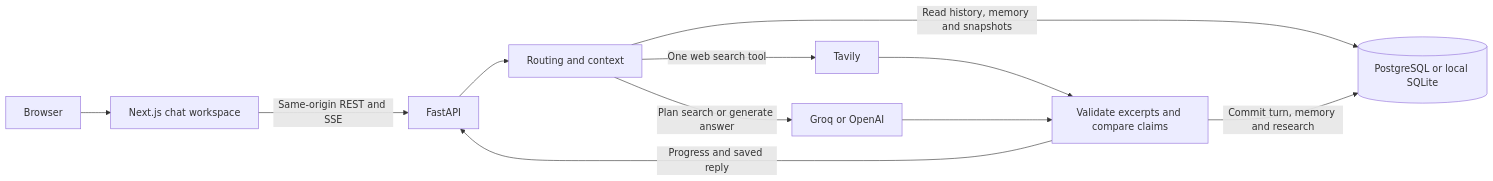
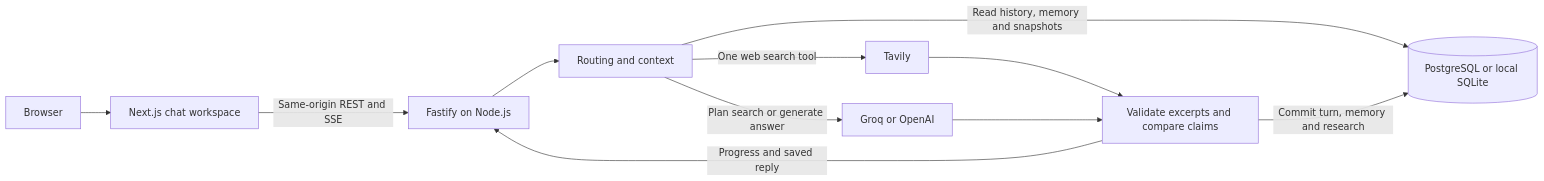
The diagram in README.md (tanujkapoor-cmd/echo-time-aware-agent), drawn with Mermaid before and after one commit. The commit also changed other lines of this file and 7 other files, not shown here.

```diff
--- a/README.md
+++ b/README.md
@@ -58,13 +58,13 @@
 ~~~mermaid
 flowchart LR
     B[Browser] --> N[Next.js chat workspace]
-    N -->|Same-origin REST and SSE| A[FastAPI]
+    N -->|Same-origin REST and SSE| A[Fastify on Node.js]
     A --> R[Routing and context]
     R -->|Read history, memory and snapshots| D[(PostgreSQL or local SQLite)]
     R -->|Plan search or generate answer| M[Groq or OpenAI]
     R -->|One web search tool| T[Tavily]
     T --> G[Validate excerpts and compare claims]
     M --> G
     G -->|Commit turn, memory and research| D
     G -->|Progress and saved reply| A
 ~~~
```
